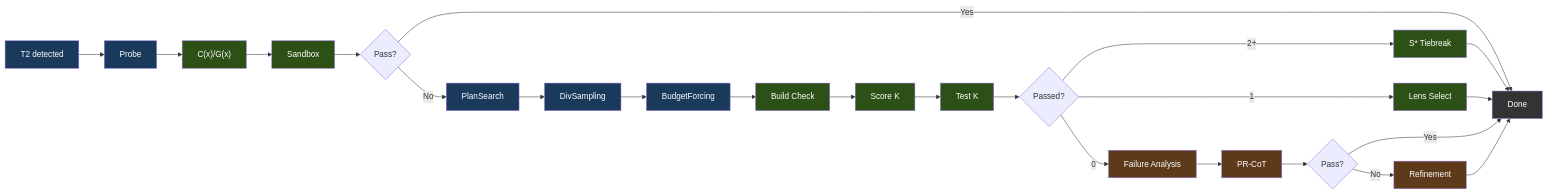
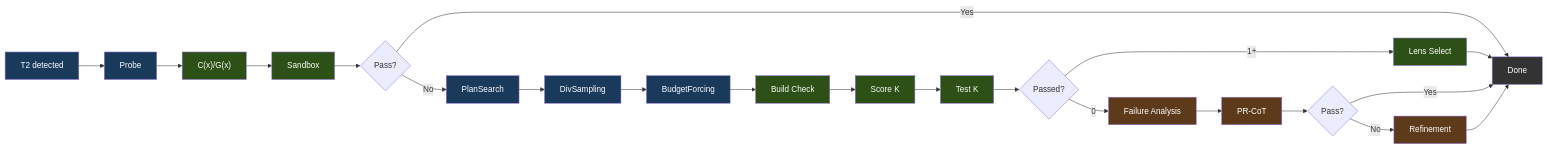
One commit to itigges22/ATLAS changed the third of 11 diagrams in docs/ARCHITECTURE.md. Above: the diagram before and after it, drawn with Mermaid. The commit also changed other lines of this file and 16 other files, not shown here.

````diff
--- a/docs/ARCHITECTURE.md
+++ b/docs/ARCHITECTURE.md
@@ -278,34 +278,32 @@
 ```mermaid
 flowchart LR
     Entry["T2 detected"] --> Probe["Probe"] --> Score1["C(x)/G(x)"] --> SB1["Sandbox"]
     SB1 --> Pass1{"Pass?"}
     Pass1 -->|"Yes"| Done["Done"]
 
     Pass1 -->|"No"| PS["PlanSearch"] --> DS["DivSampling"] --> BF["BudgetForcing"] --> Build["Build Check"] --> Score2["Score K"] --> SB2["Test K"]
 
     SB2 --> AnyPass{"Passed?"}
-    AnyPass -->|"2+"| SStar["S* Tiebreak"] --> Done
-    AnyPass -->|"1"| Select["Lens Select"] --> Done
+    AnyPass -->|"1+"| Select["Lens Select"] --> Done
 
     AnyPass -->|"0"| FA["Failure Analysis"] --> PRCOT["PR-CoT"]
     PRCOT --> PRPass{"Pass?"}
     PRPass -->|"Yes"| Done
     PRPass -->|"No"| Refine["Refinement"] --> Done
 
     style Entry fill:#1a3a5c,color:#fff
     style Done fill:#333,color:#fff
     style Probe fill:#1a3a5c,color:#fff
     style PS fill:#1a3a5c,color:#fff
     style DS fill:#1a3a5c,color:#fff
     style BF fill:#1a3a5c,color:#fff
-    style SStar fill:#2d5016,color:#fff
     style Select fill:#2d5016,color:#fff
     style Score1 fill:#2d5016,color:#fff
     style Score2 fill:#2d5016,color:#fff
     style SB1 fill:#2d5016,color:#fff
     style SB2 fill:#2d5016,color:#fff
     style Build fill:#2d5016,color:#fff
     style PRCOT fill:#5c3a1a,color:#fff
     style Refine fill:#5c3a1a,color:#fff
     style FA fill:#5c3a1a,color:#fff
 ```
````
